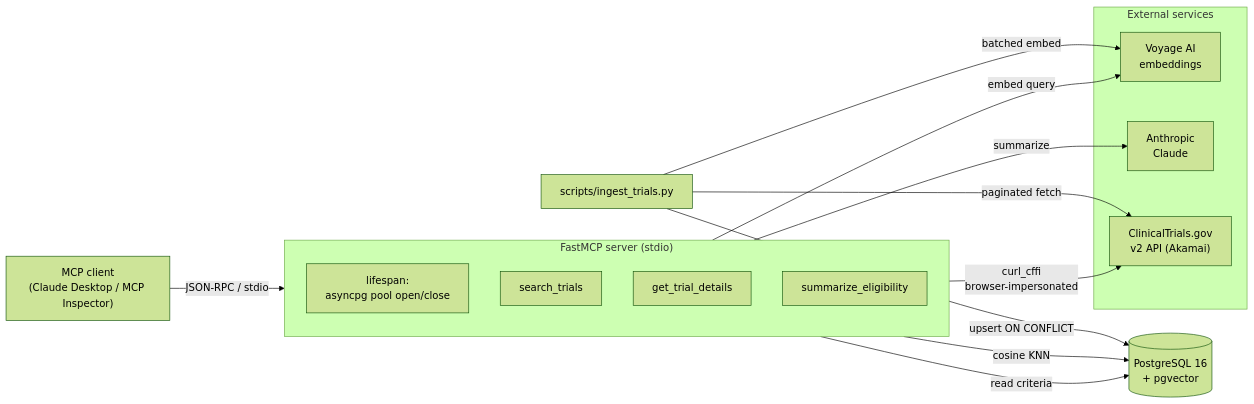
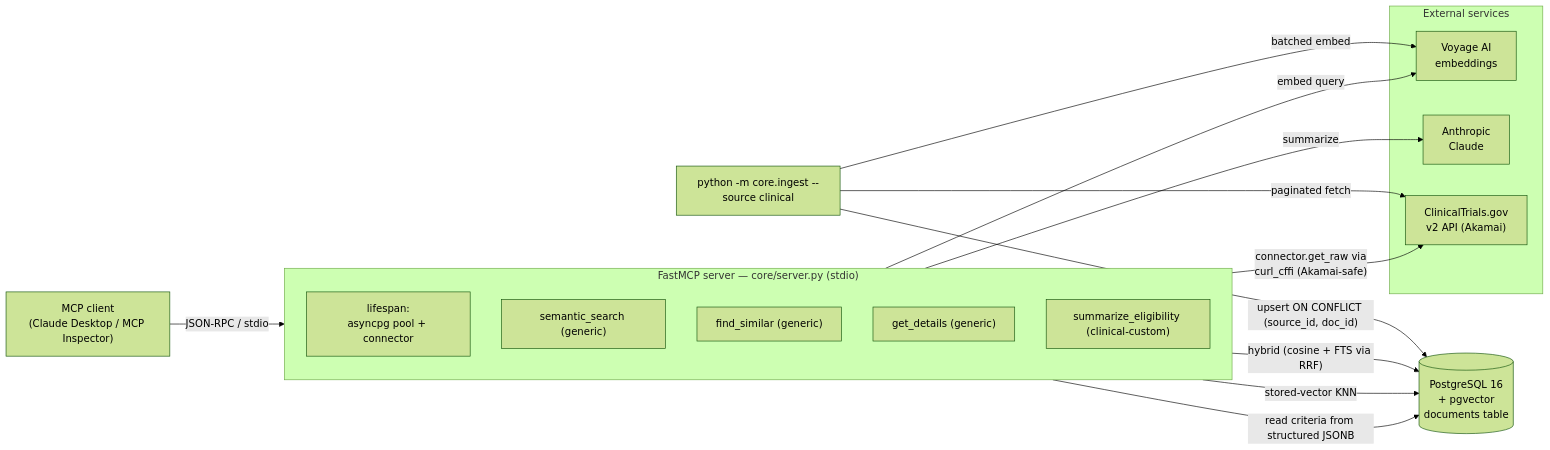
Before and after one commit to tjromack/mcp-suite: the diagram in README.md, drawn with Mermaid (forest theme). The commit also changed other lines of this file and 62 other files, not shown here.

First line of the commit message:
Refactor clinical-mcp into mcp-suite template (#9)

````diff
--- a/README.md
+++ b/README.md
@@ -56,32 +60,34 @@
 ```mermaid
 flowchart LR
     client["MCP client<br/>(Claude Desktop / MCP Inspector)"]
 
-    subgraph server["FastMCP server (stdio)"]
+    subgraph server["FastMCP server — core/server.py (stdio)"]
         direction TB
-        lifespan["lifespan:<br/>asyncpg pool open/close"]
-        st["search_trials"]
-        gtd["get_trial_details"]
-        se["summarize_eligibility"]
+        lifespan["lifespan:<br/>asyncpg pool + connector"]
+        ss["semantic_search (generic)"]
+        fs["find_similar (generic)"]
+        gd["get_details (generic)"]
+        se["summarize_eligibility (clinical-custom)"]
     end
 
     subgraph ext["External services"]
         voyage["Voyage AI<br/>embeddings"]
         anthropic["Anthropic<br/>Claude"]
         ctgov["ClinicalTrials.gov<br/>v2 API (Akamai)"]
     end
 
-    pg[("PostgreSQL 16<br/>+ pgvector")]
+    pg[("PostgreSQL 16<br/>+ pgvector<br/>documents table")]
 
     client -- "JSON-RPC / stdio" --> server
 
-    st -- "embed query" --> voyage
-    st -- "cosine KNN" --> pg
-    gtd -- "curl_cffi<br/>browser-impersonated" --> ctgov
-    se -- "read criteria" --> pg
+    ss -- "embed query" --> voyage
+    ss -- "hybrid (cosine + FTS via RRF)" --> pg
+    fs -- "stored-vector KNN" --> pg
+    gd -- "connector.get_raw via<br/>curl_cffi (Akamai-safe)" --> ctgov
+    se -- "read criteria from structured JSONB" --> pg
     se -- "summarize" --> anthropic
 
-    ingest["scripts/ingest_trials.py"] -- "paginated fetch" --> ctgov
+    ingest["python -m core.ingest --source clinical"] -- "paginated fetch" --> ctgov
     ingest -- "batched embed" --> voyage
-    ingest -- "upsert ON CONFLICT" --> pg
+    ingest -- "upsert ON CONFLICT (source_id, doc_id)" --> pg
 ```
````
